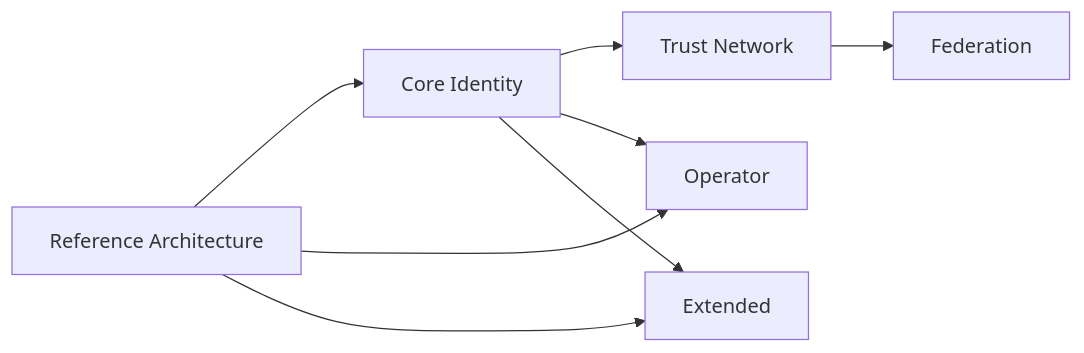
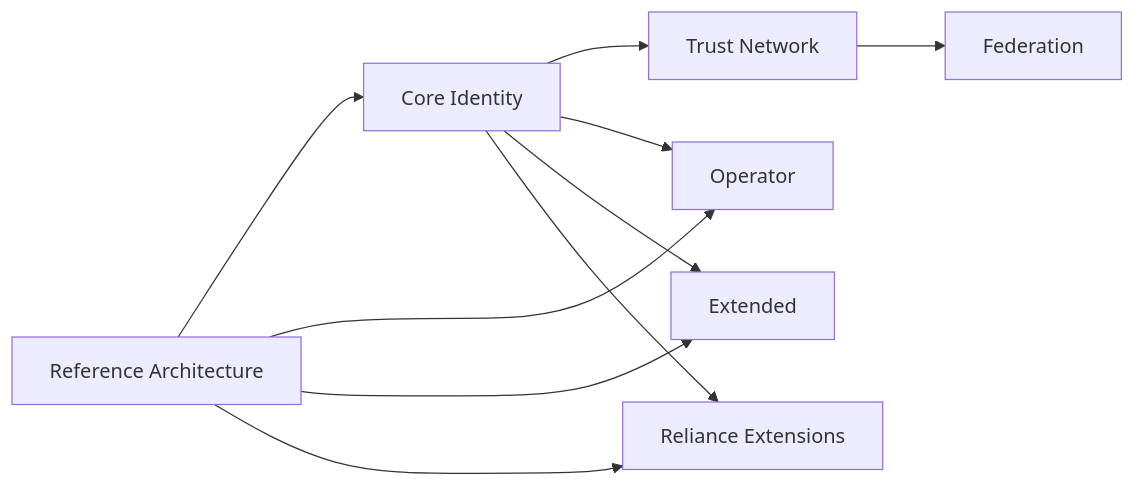
One commit to odtis/core-spec changed the diagram in site/PROFILES.md. Above: the diagram before and after it, drawn with Mermaid. The commit also changed other lines of this file and 38 other files, not shown here.

First line of the commit message:
Align diagrams and docs with Reliance Extensions and current metrics.

````diff
--- a/site/PROFILES.md
+++ b/site/PROFILES.md
@@ -23,16 +23,19 @@
 ```mermaid
 flowchart LR
  RA[Reference Architecture]
  CI[Core Identity]
  TN[Trust Network]
  FED[Federation]
  OP[Operator]
  EXT[Extended]
+ REL[Reliance Extensions]
 
  RA --> CI
  CI --> TN --> FED
  RA --> OP
  CI --> OP
  RA --> EXT
  CI --> EXT
+ RA --> REL
+ CI --> REL
 ```
````
